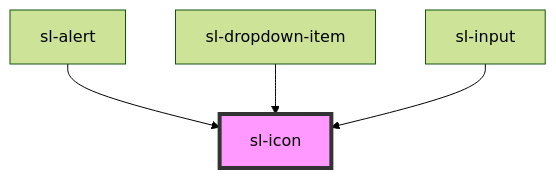
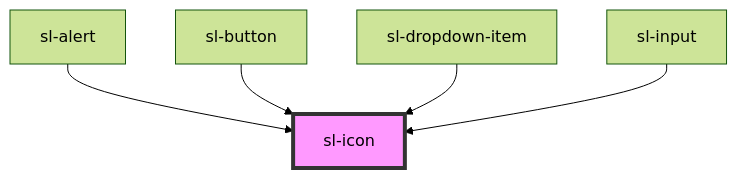
Before and after one commit to shoelace-style/shoelace: the diagram in src/components/icon/readme.md, drawn with Mermaid (forest theme). The commit also changed other lines of this file and 15 other files, not shown here.

````diff
--- a/src/components/icon/readme.md
+++ b/src/components/icon/readme.md
@@ -42,7 +47,8 @@
 ```mermaid
 graph TD;
   sl-alert --> sl-icon
+  sl-button --> sl-icon
   sl-dropdown-item --> sl-icon
   sl-input --> sl-icon
   style sl-icon fill:#f9f,stroke:#333,stroke-width:4px
 ```
````
